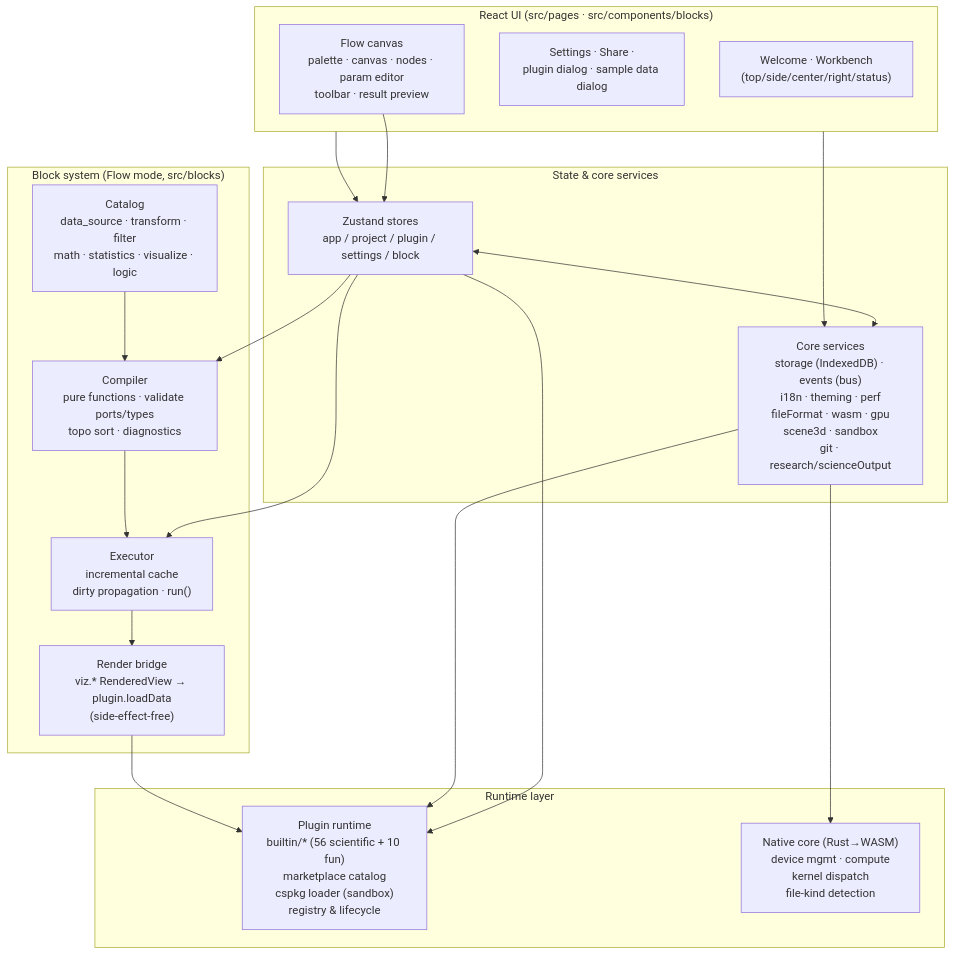
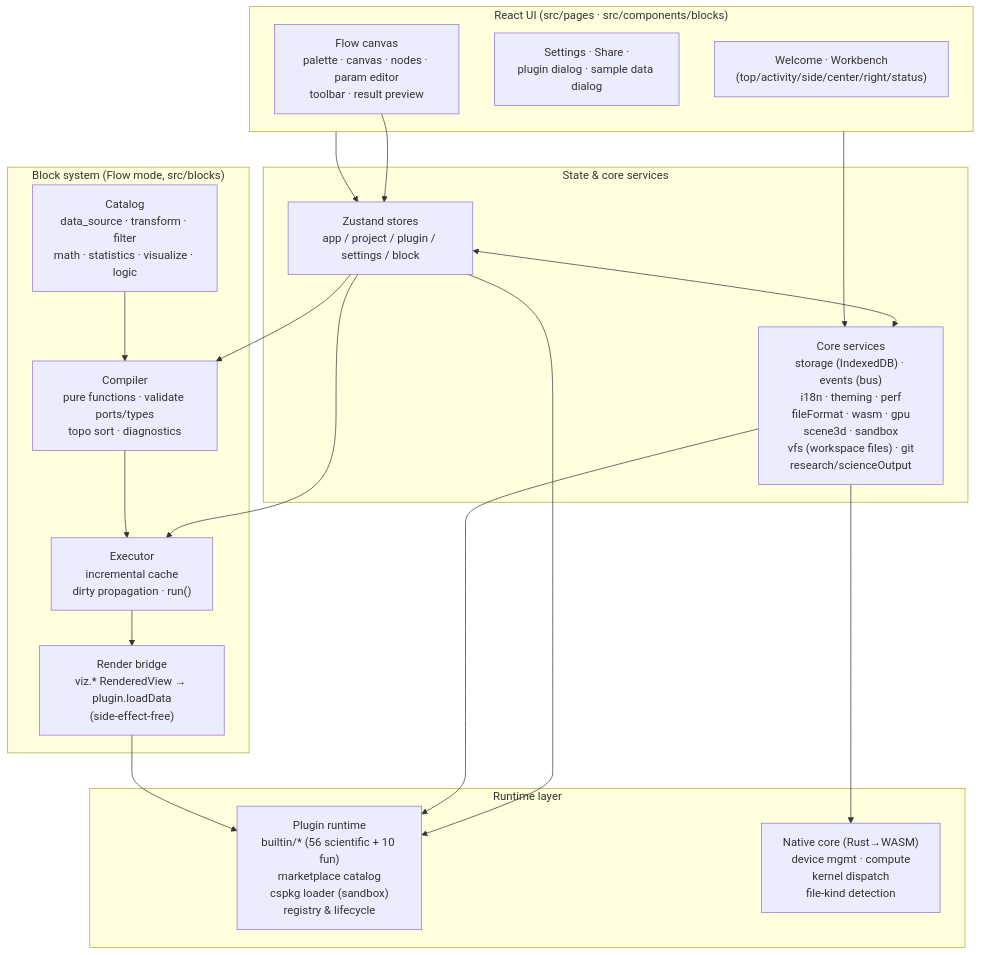
One commit to SnowLeopard-io/ErgalicsStudio changed the diagram in README.md. Above: the diagram before and after it, drawn with Mermaid. The commit also changed other lines of this file and 128 other files, not shown here.

````diff
--- a/README.md
+++ b/README.md
@@ -206,39 +190,39 @@
 ```mermaid
 flowchart TB
     subgraph UI["React UI (src/pages · src/components/blocks)"]
-        A1["Welcome · Workbench<br/>(top/side/center/right/status)"]
+        A1["Welcome · Workbench<br/>(top/activity/side/center/right/status)"]
         A2["Settings · Share ·<br/>plugin dialog · sample data dialog"]
         A3["Flow canvas<br/>palette · canvas · nodes · param editor<br/>toolbar · result preview"]
     end
 
     subgraph State["State & core services"]
         B1["Zustand stores<br/>app / project / plugin / settings / block"]
-        B2["Core services<br/>storage (IndexedDB) · events (bus)<br/>i18n · theming · perf<br/>fileFormat · wasm · gpu<br/>scene3d · sandbox<br/>git · research/scienceOutput"]
+        B2["Core services<br/>storage (IndexedDB) · events (bus)<br/>i18n · theming · perf<br/>fileFormat · wasm · gpu<br/>scene3d · sandbox<br/>vfs (workspace files) · git<br/>research/scienceOutput"]
     end
 
     subgraph Blocks["Block system (Flow mode, src/blocks)"]
         D1["Catalog<br/>data_source · transform · filter<br/>math · statistics · visualize · logic"]
         D2["Compiler<br/>pure functions · validate ports/types<br/>topo sort · diagnostics"]
         D3["Executor<br/>incremental cache<br/>dirty propagation · run()"]
         D4["Render bridge<br/>viz.* RenderedView → plugin.loadData<br/>(side-effect-free)"]
     end
 
     subgraph Runtime["Runtime layer"]
         C1["Plugin runtime<br/>builtin/* (56 scientific + 10 fun)<br/>marketplace catalog<br/>cspkg loader (sandbox)<br/>registry & lifecycle"]
         C2["Native core (Rust→WASM)<br/>device mgmt · compute<br/>kernel dispatch<br/>file-kind detection"]
     end
 
     UI --> B1
     UI --> B2
     B1 <--> B2
     B1 --> C1
     B2 --> C1
     B2 --> C2
     A3 --> B1
     B1 --> D2
     B1 --> D3
     D2 --> D3
     D1 --> D2
     D3 --> D4
     D4 --> C1
 ```
````
